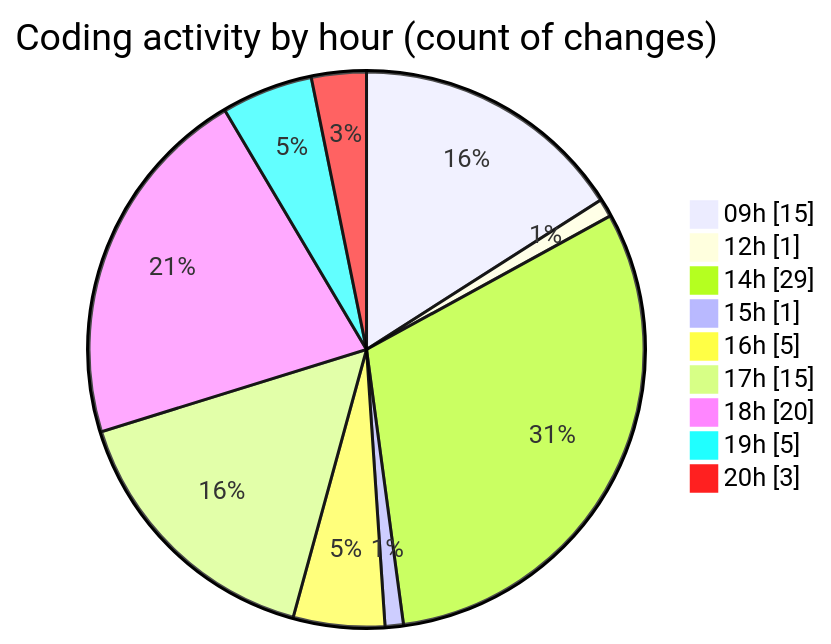
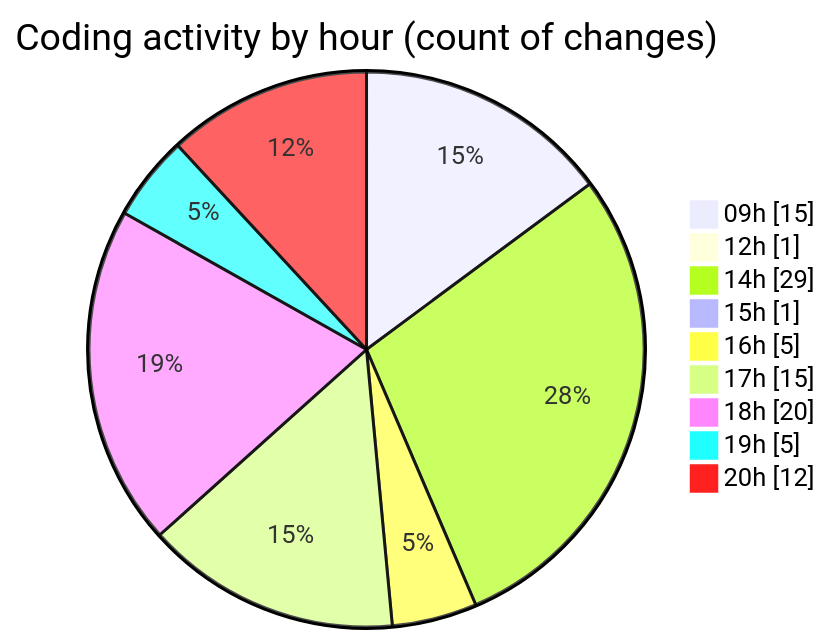
One commit to momahboobian/code-tracking changed the second of 2 diagrams in 2026-09-08/cda/README.md. Above: the diagram before and after it, drawn with Mermaid. The commit also changed other lines of this file and 1 other file, not shown here.

````diff
--- a/2026-09-08/cda/README.md
+++ b/2026-09-08/cda/README.md
@@ -63,13 +64,13 @@
 ```mermaid
 pie showData
 title Coding activity by hour (count of changes)
 "09h" : 15
 "12h" : 1
 "14h" : 29
 "15h" : 1
 "16h" : 5
 "17h" : 15
 "18h" : 20
 "19h" : 5
-"20h" : 3
+"20h" : 12
 ```
````
